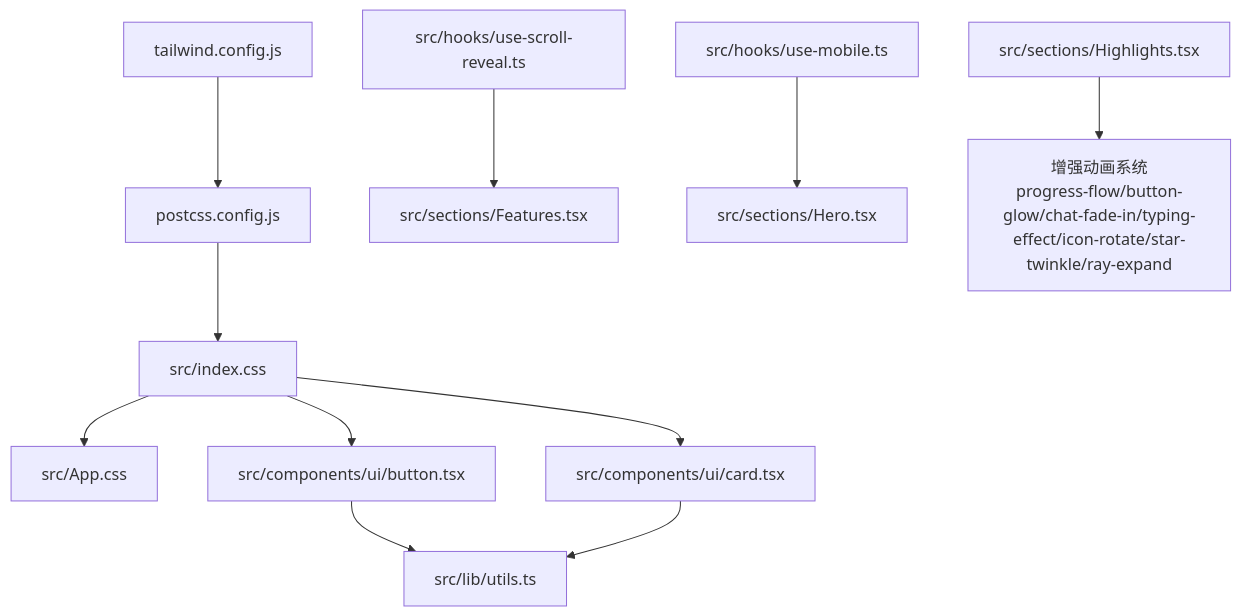
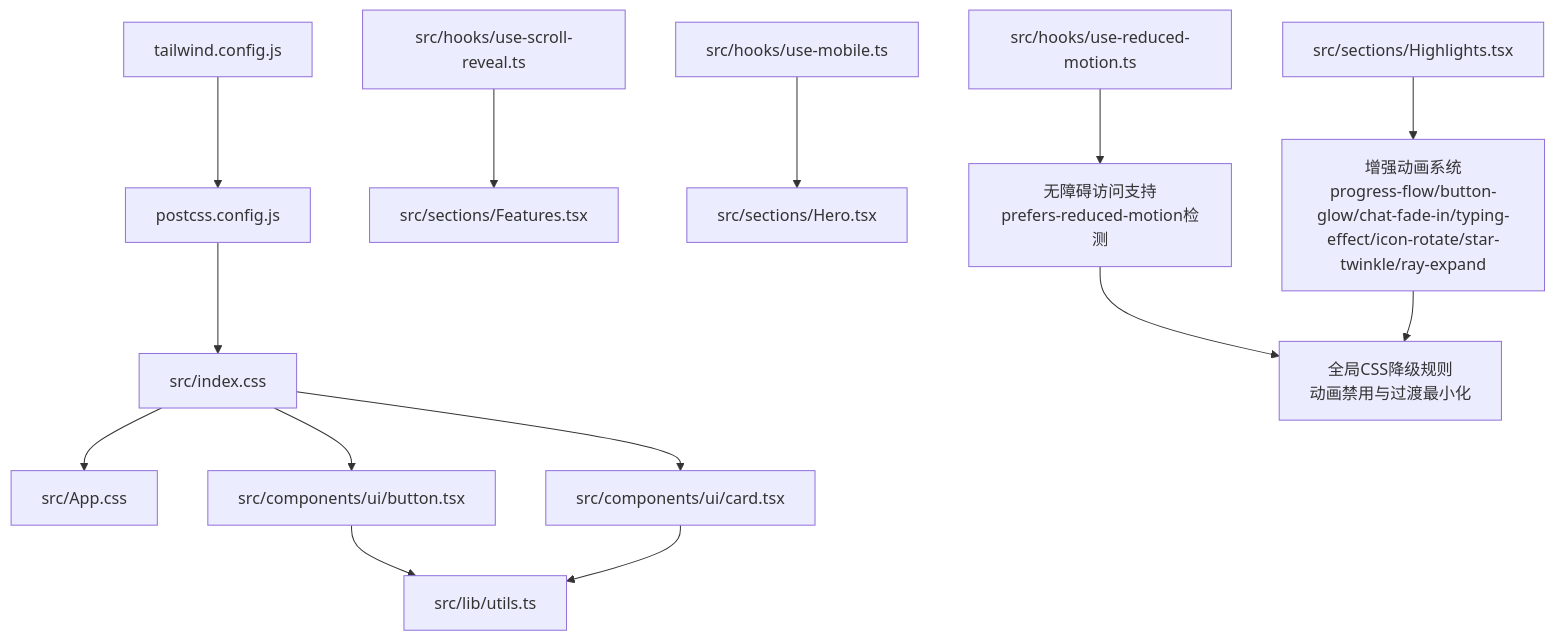
One commit to Primoguo/naolizhi.cn changed the first of 4 diagrams in .qoder/repowiki/zh/content/样式系统.md. Above: the diagram before and after it, drawn with Mermaid. The commit also changed other lines of this file and 73 other files, not shown here.

````diff
--- a/.qoder/repowiki/zh/content/样式系统.md
+++ b/.qoder/repowiki/zh/content/样式系统.md
@@ -62,13 +64,16 @@
 ```mermaid
 graph TB
 A["tailwind.config.js"] --> B["postcss.config.js"]
 B --> C["src/index.css"]
 C --> D["src/App.css"]
 C --> E["src/components/ui/button.tsx"]
 C --> F["src/components/ui/card.tsx"]
 E --> G["src/lib/utils.ts"]
 F --> G
 H["src/hooks/use-scroll-reveal.ts"] --> I["src/sections/Features.tsx"]
 J["src/hooks/use-mobile.ts"] --> K["src/sections/Hero.tsx"]
-L["src/sections/Highlights.tsx"] --> M["增强动画系统<br/>progress-flow/button-glow/chat-fade-in/typing-effect/icon-rotate/star-twinkle/ray-expand"]
+L["src/hooks/use-reduced-motion.ts"] --> M["无障碍访问支持<br/>prefers-reduced-motion检测"]
+N["src/sections/Highlights.tsx"] --> O["增强动画系统<br/>progress-flow/button-glow/chat-fade-in/typing-effect/icon-rotate/star-twinkle/ray-expand"]
+M --> P["全局CSS降级规则<br/>动画禁用与过渡最小化"]
+O --> P
 ```
````
